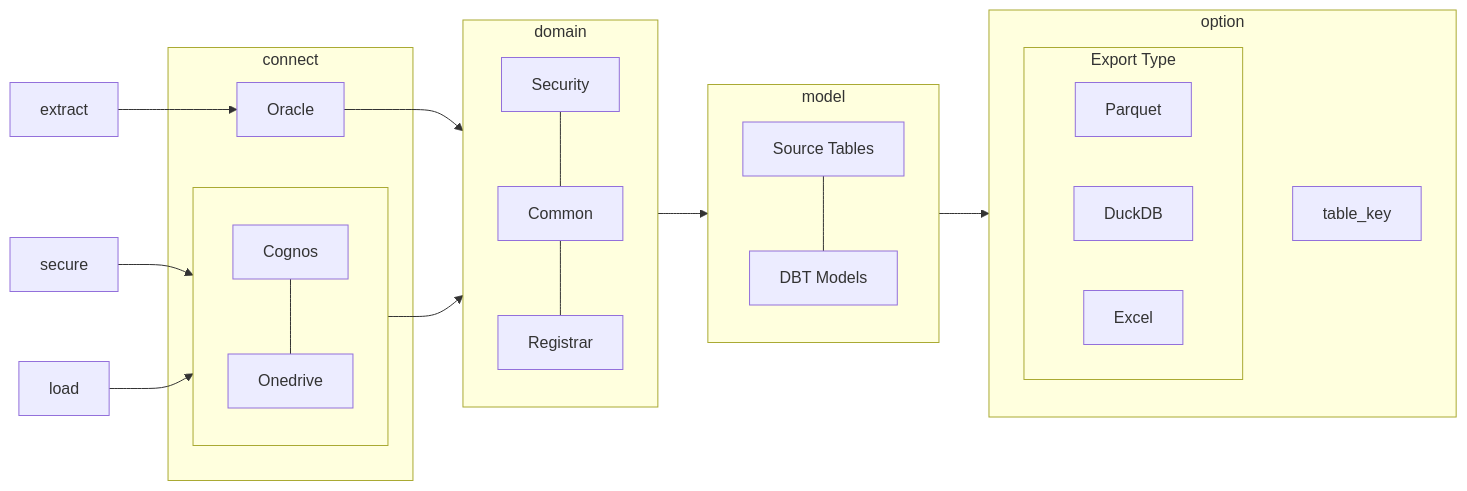
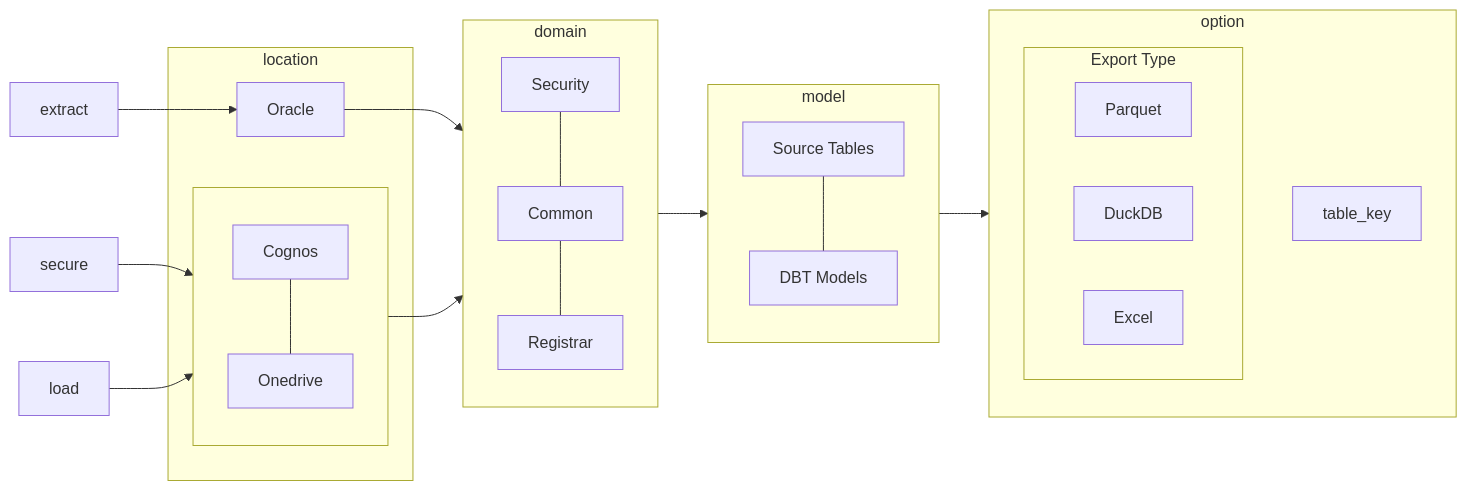
One commit to UO-IS-DDS/ods_docs changed the first of 2 diagrams in docs/mds/overview/_overview.md. Above: the diagram before and after it, drawn with Mermaid. The commit also changed other lines of this file, not shown here.

````diff
--- a/docs/mds/overview/_overview.md
+++ b/docs/mds/overview/_overview.md
@@ -5,35 +5,35 @@
 ``` mermaid
 graph LR
 
   extract --> Oracle
   subgraph targets [ ]
     Cognos --- Onedrive
   end
   secure --> targets
   load --> targets
-  subgraph connect
+  subgraph location
     Oracle
     targets
   end
   subgraph domain
     Security --- Common
     Common --- Registrar
   end 
   Oracle --> domain
   targets --> domain
   subgraph model
     source_tables[Source Tables] --- DBT[DBT Models]
   end
   domain --> model
   subgraph export_type[Export Type]
     Parquet 
     DuckDB
     Excel
   end
   subgraph option
     export_type
     table_key
   end
   model --> option
 
 ```  
````
